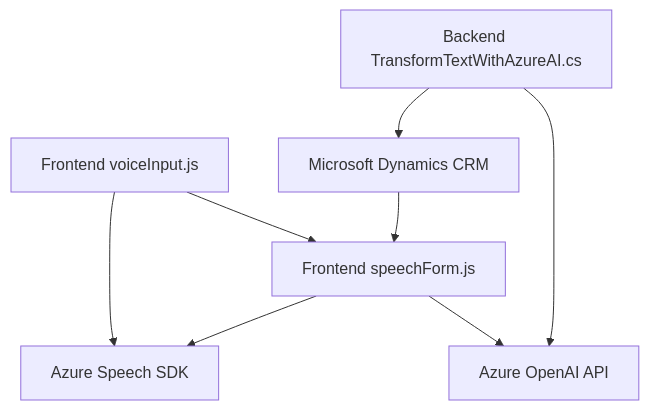
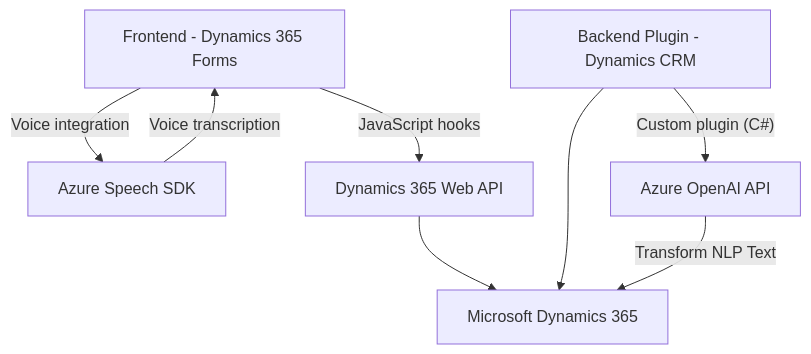
The diagram in README.md (blopezdm/NETCORE_BILBAO2025), drawn with Mermaid before and after one commit. The commit also changed other lines of this file, not shown here.

````diff
--- a/README.md
+++ b/README.md
@@ -39,17 +48,17 @@
 ```mermaid
 graph TD
-    A["Frontend voiceInput.js"]
-    B["Frontend speechForm.js"]
-    C["Backend TransformTextWithAzureAI.cs"]
-    D["Microsoft Dynamics CRM"]
-    E["Azure Speech SDK"]
-    F["Azure OpenAI API"]
+    Frontend["Frontend - Dynamics 365 Forms"]
+    Backend["Backend Plugin - Dynamics CRM"]
+    AzureSpeech["Azure Speech SDK"]
+    AzureOpenAI["Azure OpenAI API"]
+    DynamicsAPI["Dynamics 365 Web API"]
+    CRM["Microsoft Dynamics 365"]
 
-    A --> E
-    B --> E
-    B --> F
-    A --> B
-    C --> F
-    C --> D
-    D --> B
+    Frontend --JavaScript hooks--> DynamicsAPI
+    Frontend --Voice integration--> AzureSpeech
+    DynamicsAPI --> CRM
+    Backend --Custom plugin (C#)--> AzureOpenAI
+    Backend --> CRM
+    AzureOpenAI --Transform NLP Text--> CRM
+    AzureSpeech --Voice transcription--> Frontend
 ```
````
